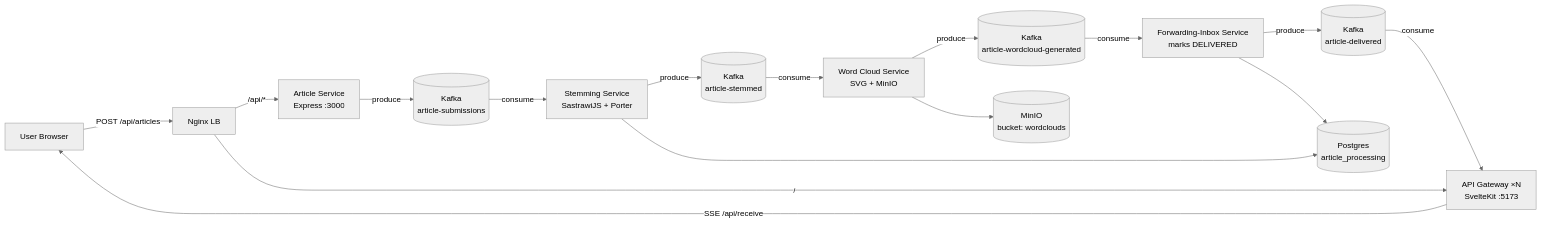
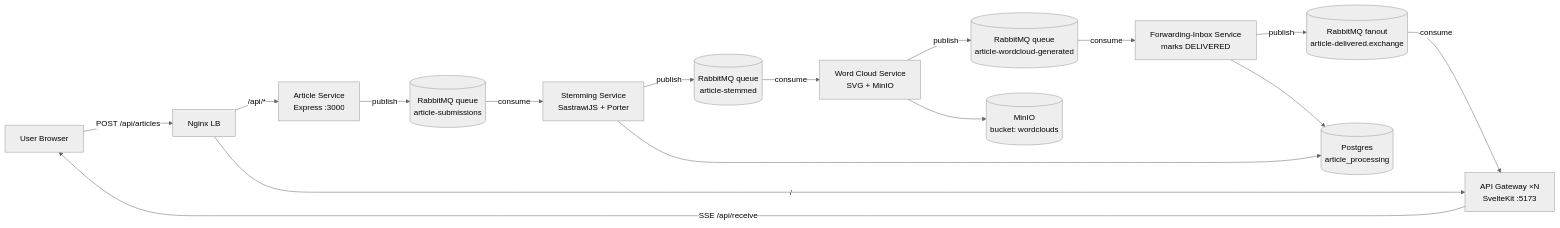
The first of 6 diagrams in README.md (KevinAntonioWiyonoLauw/articleswap-scalable), drawn with Mermaid (neutral theme) before and after one commit. The commit also changed other lines of this file and 63 other files, not shown here.

````diff
--- a/README.md
+++ b/README.md
@@ -7,20 +7,20 @@
 ```mermaid
 flowchart LR
     User[User Browser] -- POST /api/articles --> Nginx[Nginx LB]
     Nginx -- "/api/*" --> Article[Article Service<br/>Express :3000]
     Nginx -- "/" --> Gateway[API Gateway ×N<br/>SvelteKit :5173]
 
-    Article -- produce --> T0[(Kafka<br/>article-submissions)]
+    Article -- publish --> T0[(RabbitMQ queue<br/>article-submissions)]
     T0 -- consume --> Stem[Stemming Service<br/>SastrawiJS + Porter]
-    Stem -- produce --> T1[(Kafka<br/>article-stemmed)]
+    Stem -- publish --> T1[(RabbitMQ queue<br/>article-stemmed)]
     T1 -- consume --> Word[Word Cloud Service<br/>SVG + MinIO]
-    Word -- produce --> T2[(Kafka<br/>article-wordcloud-generated)]
+    Word -- publish --> T2[(RabbitMQ queue<br/>article-wordcloud-generated)]
     T2 -- consume --> Inbox[Forwarding-Inbox Service<br/>marks DELIVERED]
-    Inbox -- produce --> T3[(Kafka<br/>article-delivered)]
+    Inbox -- publish --> T3[(RabbitMQ fanout<br/>article-delivered.exchange)]
     T3 -- consume --> Gateway
     Gateway -- SSE /api/receive --> User
 
     Stem --> DB[(Postgres<br/>article_processing)]
     Word --> Minio[(MinIO<br/>bucket: wordclouds)]
     Inbox --> DB
 ```
````
